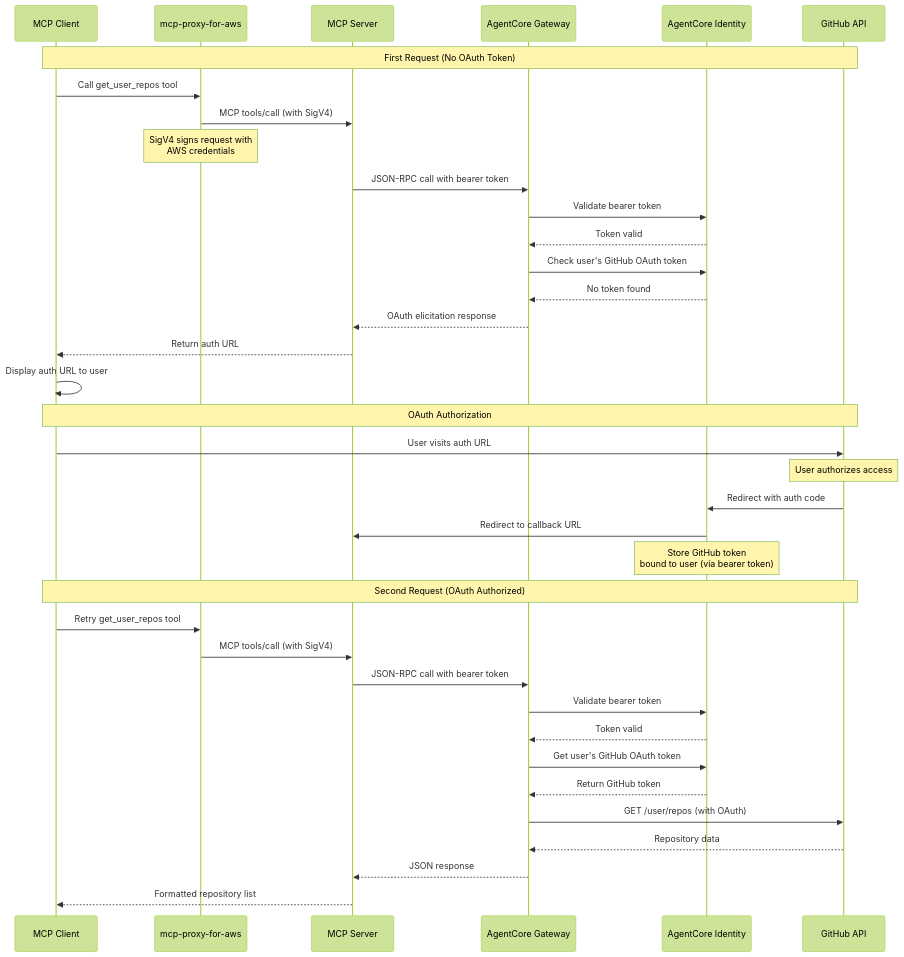
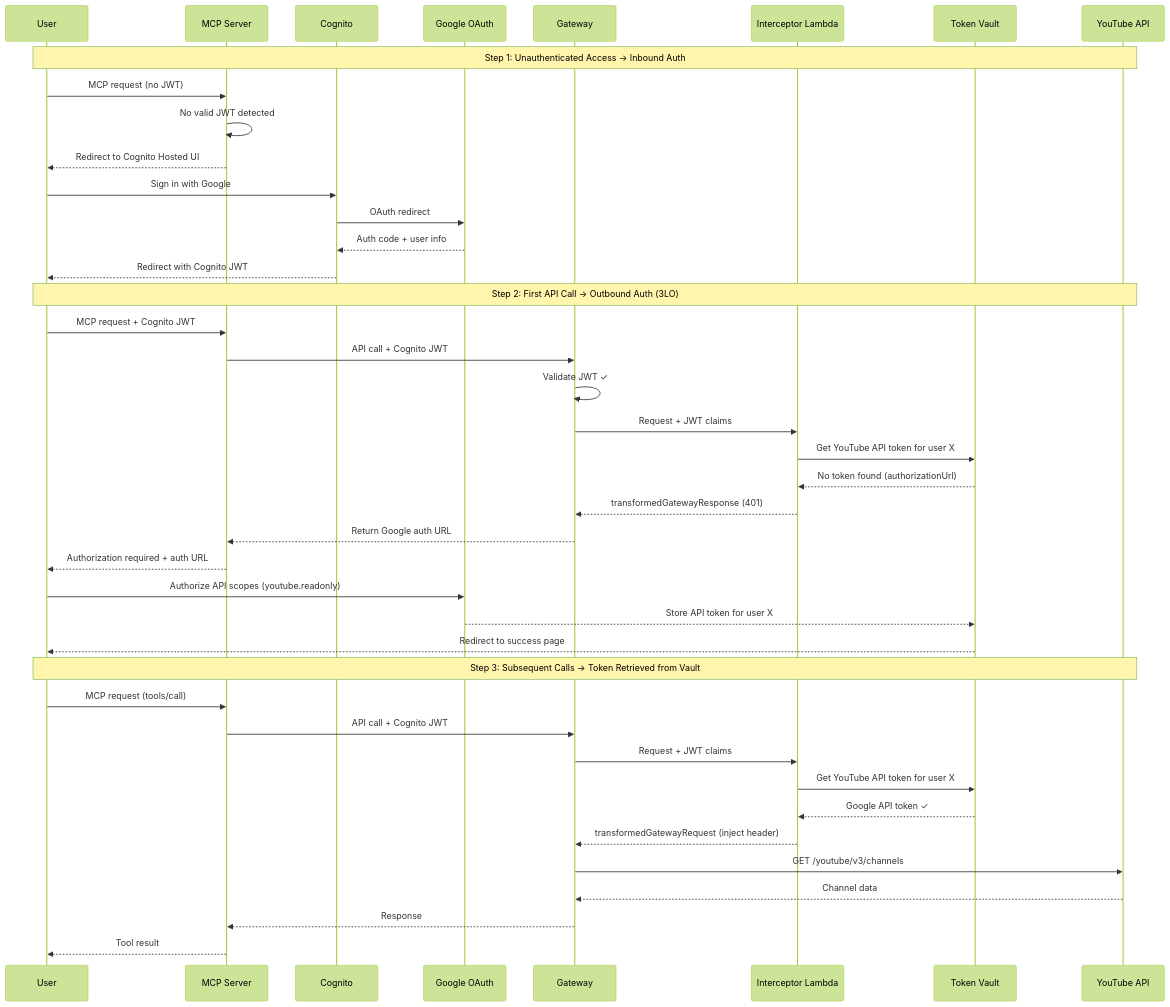
One commit to icoxfog417/agentcore-in-action changed the second of 3 diagrams in mcp-server-with-oauth-gateway/README.md. Above: the diagram before and after it, drawn with Mermaid (forest theme). The commit also changed other lines of this file and 15 other files, not shown here.

````diff
--- a/mcp-server-with-oauth-gateway/README.md
+++ b/mcp-server-with-oauth-gateway/README.md
@@ -110,45 +79,47 @@
 ```mermaid
 sequenceDiagram
-    participant Client as MCP Client
-    participant Proxy as mcp-proxy-for-aws
-    participant Server as MCP Server
-    participant Gateway as AgentCore Gateway
-    participant Identity as AgentCore Identity
-    participant GitHub as GitHub API
+    participant User
+    participant MCP as MCP Server
+    participant Cognito
+    participant Google as Google OAuth
+    participant Gateway
+    participant Interceptor as Interceptor Lambda
+    participant Vault as Token Vault
+    participant API as YouTube API
 
-    Note over Client,GitHub: First Request (No OAuth Token)
+    Note over User,API: Step 1: Unauthenticated Access → Inbound Auth
+    User->>MCP: MCP request (no JWT)
+    MCP->>MCP: No valid JWT detected
+    MCP-->>User: Redirect to Cognito Hosted UI
+    User->>Cognito: Sign in with Google
+    Cognito->>Google: OAuth redirect
+    Google-->>Cognito: Auth code + user info
+    Cognito-->>User: Redirect with Cognito JWT
 
-    Client->>Proxy: Call get_user_repos tool
-    Proxy->>Server: MCP tools/call (with SigV4)
-    Note over Proxy: SigV4 signs request with<br/>AWS credentials
-    Server->>Gateway: JSON-RPC call with bearer token
-    Gateway->>Identity: Validate bearer token
-    Identity-->>Gateway: Token valid
-    Gateway->>Identity: Check user's GitHub OAuth token
-    Identity-->>Gateway: No token found
-    Gateway-->>Server: OAuth elicitation response
-    Server-->>Client: Return auth URL
-    Client->>Client: Display auth URL to user
+    Note over User,API: Step 2: First API Call → Outbound Auth (3LO)
+    User->>MCP: MCP request + Cognito JWT
+    MCP->>Gateway: API call + Cognito JWT
+    Gateway->>Gateway: Validate JWT ✓
+    Gateway->>Interceptor: Request + JWT claims
+    Interceptor->>Vault: Get YouTube API token for user X
+    Vault-->>Interceptor: No token found (authorizationUrl)
+    Interceptor-->>Gateway: transformedGatewayResponse (401)
+    Gateway-->>MCP: Return Google auth URL
+    MCP-->>User: Authorization required + auth URL
 
-    Note over Client,GitHub: OAuth Authorization
+    User->>Google: Authorize API scopes (youtube.readonly)
+    Google-->>Vault: Store API token for user X
+    Vault-->>User: Redirect to success page
 
-    Client->>GitHub: User visits auth URL
-    Note over GitHub: User authorizes access
-    GitHub->>Identity: Redirect with auth code
-    Identity->>Server: Redirect to callback URL
-    Note over Identity: Store GitHub token<br/>bound to user (via bearer token)
-
-    Note over Client,GitHub: Second Request (OAuth Authorized)
-
-    Client->>Proxy: Retry get_user_repos tool
-    Proxy->>Server: MCP tools/call (with SigV4)
-    Server->>Gateway: JSON-RPC call with bearer token
-    Gateway->>Identity: Validate bearer token
-    Identity-->>Gateway: Token valid
-    Gateway->>Identity: Get user's GitHub OAuth token
-    Identity-->>Gateway: Return GitHub token
-    Gateway->>GitHub: GET /user/repos (with OAuth)
-    GitHub-->>Gateway: Repository data
-    Gateway-->>Server: JSON response
-    Server-->>Client: Formatted repository list
+    Note over User,API: Step 3: Subsequent Calls → Token Retrieved from Vault
+    User->>MCP: MCP request (tools/call)
+    MCP->>Gateway: API call + Cognito JWT
+    Gateway->>Interceptor: Request + JWT claims
+    Interceptor->>Vault: Get YouTube API token for user X
+    Vault-->>Interceptor: Google API token ✓
+    Interceptor-->>Gateway: transformedGatewayRequest (inject header)
+    Gateway->>API: GET /youtube/v3/channels
+    API-->>Gateway: Channel data
+    Gateway-->>MCP: Response
+    MCP-->>User: Tool result
 ```
````
